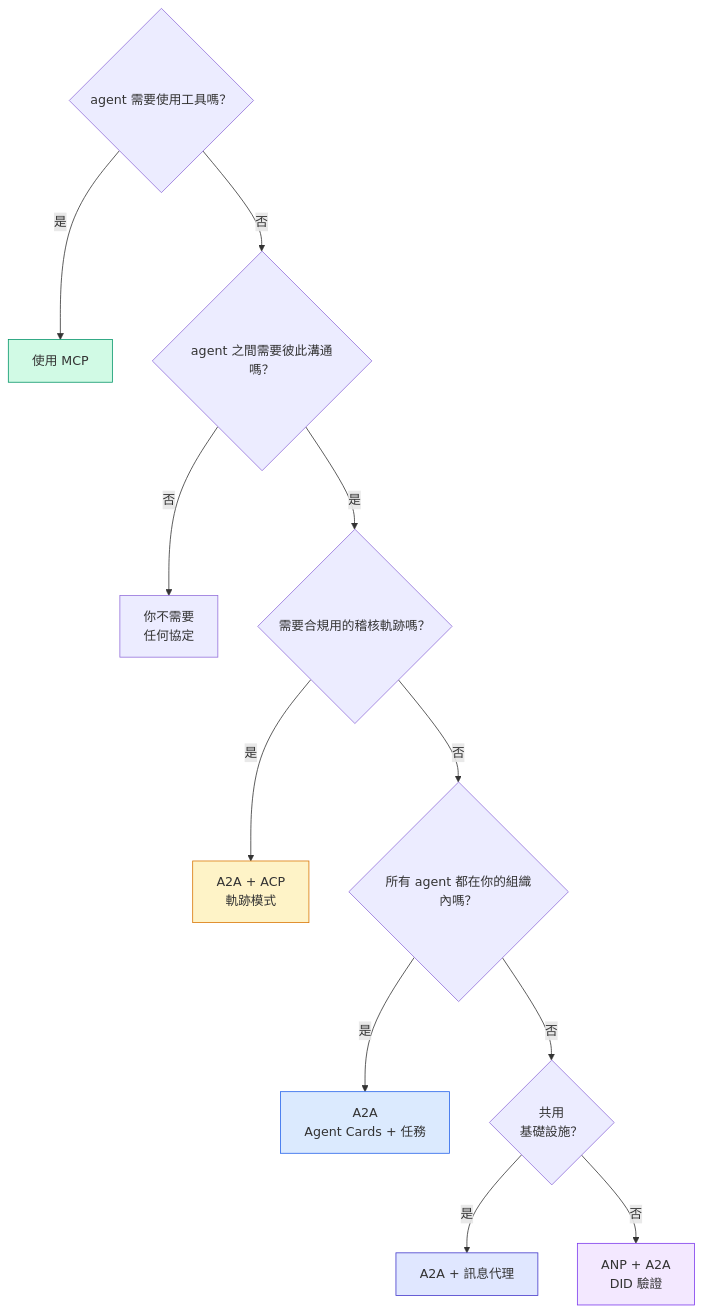
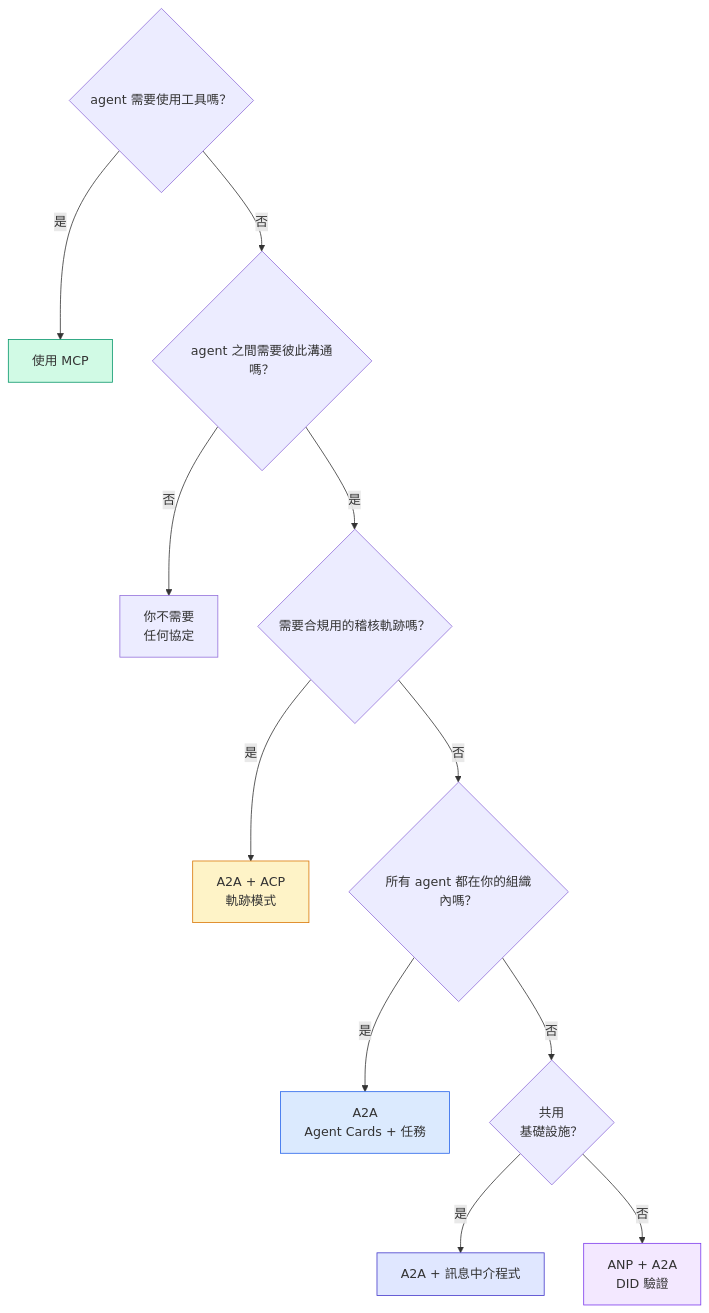
Before and after one commit to edward821220/ai-engineering-from-scratch: diagram 13 of 13 in i18n/zh-TW/phases/16-multi-agent-and-swarms/03-communication-protocols/docs/zh-TW.md, drawn with Mermaid. The commit also changed other lines of this file and 46 other files, not shown here.

````diff
--- a/i18n/zh-TW/phases/16-multi-agent-and-swarms/03-communication-protocols/docs/zh-TW.md
+++ b/i18n/zh-TW/phases/16-multi-agent-and-swarms/03-communication-protocols/docs/zh-TW.md
@@ -1423,20 +1423,20 @@
 ```mermaid
 graph TD
     START{agent 需要使用工具嗎？}
     START -->|是| MCP_R[使用 MCP]
     START -->|否| TALK{agent 之間需要彼此溝通嗎？}
     TALK -->|否| NONE[你不需要<br/>任何協定]
     TALK -->|是| AUDIT{需要合規用的稽核軌跡嗎？}
     AUDIT -->|是| ACP_R[A2A + ACP<br/>軌跡模式]
     AUDIT -->|否| ORG{所有 agent 都在你的組織內嗎？}
     ORG -->|是| A2A_R[A2A<br/>Agent Cards + 任務]
     ORG -->|否| INFRA{共用<br/>基礎設施？}
-    INFRA -->|是| BROKER[A2A + 訊息代理]
+    INFRA -->|是| BROKER[A2A + 訊息中介程式]
     INFRA -->|否| ANP_R[ANP + A2A<br/>DID 驗證]
 
     style MCP_R fill:#d1fae5,stroke:#059669
     style A2A_R fill:#dbeafe,stroke:#2563eb
     style ACP_R fill:#fef3c7,stroke:#d97706
     style ANP_R fill:#f3e8ff,stroke:#7c3aed
     style BROKER fill:#e0e7ff,stroke:#4338ca
 ```
````
